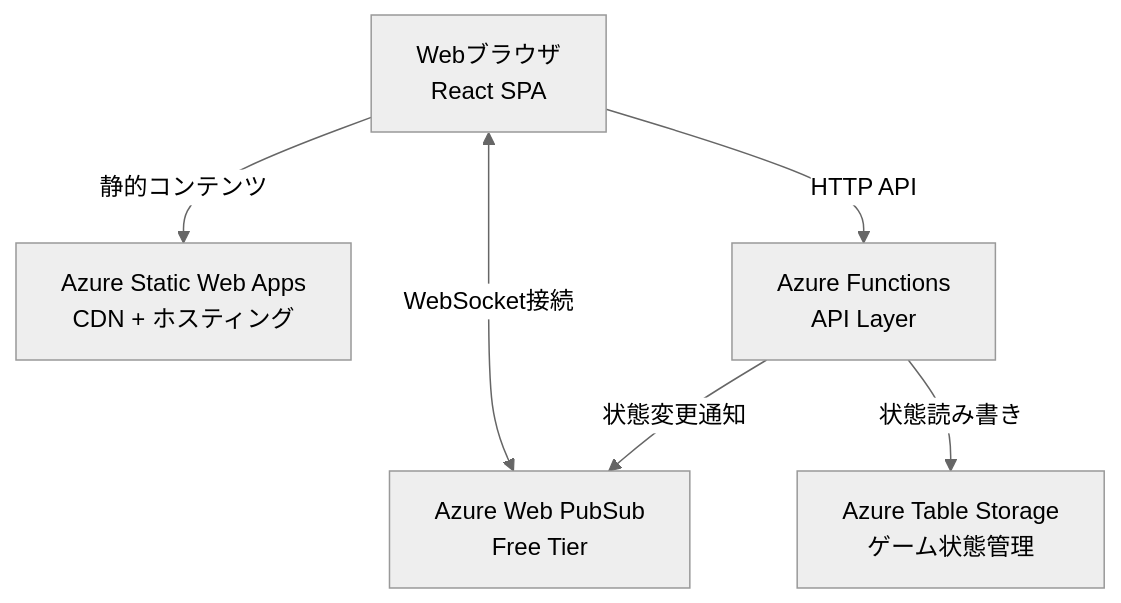
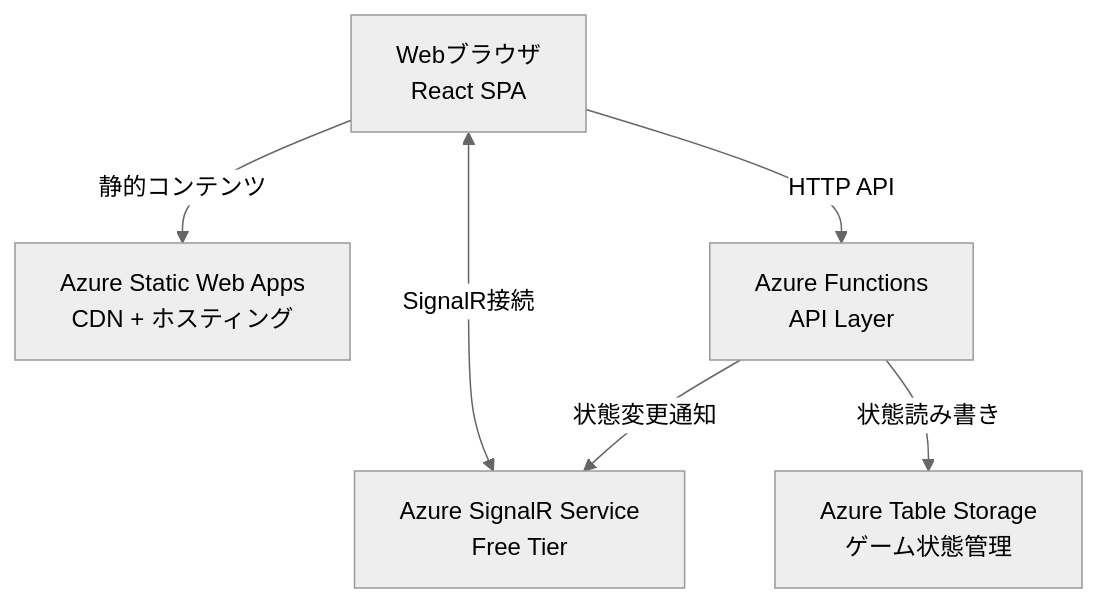
The first of 4 diagrams in .kiro/specs/multiplayer-game-timer/design.md (Jillrinn/tickTackFour), drawn with Mermaid (neutral theme) before and after one commit. The commit also changed other lines of this file and 1 other file, not shown here.

First line of the commit message:
Update spec: SignalR + hybrid timer mode (count-up/down)

````diff
--- a/.kiro/specs/multiplayer-game-timer/design.md
+++ b/.kiro/specs/multiplayer-game-timer/design.md
@@ -31,14 +31,14 @@
 ```mermaid
 graph TB
     Client[Webブラウザ<br/>React SPA]
     CDN[Azure Static Web Apps<br/>CDN + ホスティング]
-    PubSub[Azure Web PubSub<br/>Free Tier]
+    SignalR[Azure SignalR Service<br/>Free Tier]
     Storage[Azure Table Storage<br/>ゲーム状態管理]
     Functions[Azure Functions<br/>API Layer]
 
     Client -->|静的コンテンツ| CDN
-    Client <-->|WebSocket接続| PubSub
+    Client <-->|SignalR接続| SignalR
     Client -->|HTTP API| Functions
     Functions -->|状態読み書き| Storage
-    Functions -->|状態変更通知| PubSub
+    Functions -->|状態変更通知| SignalR
 ```
````
